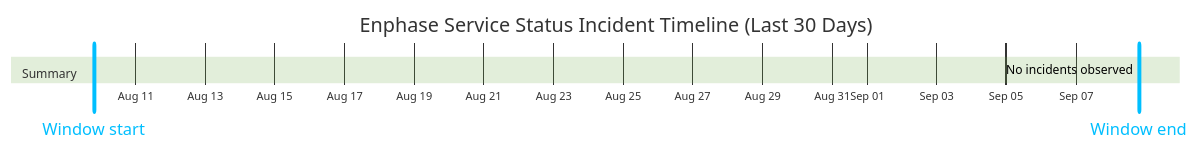
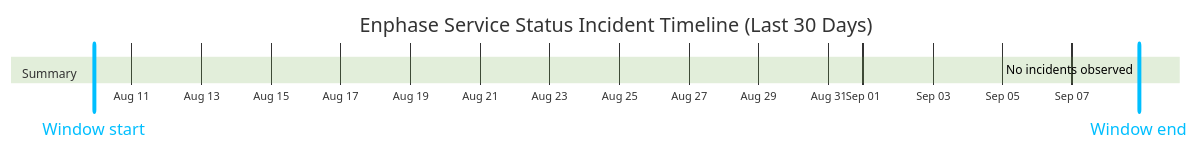
Before and after one commit to barneyonline/ha-enphase-energy: the diagram in wiki/Service-Status-History.md, drawn with Mermaid (forest theme). The commit also changed other lines of this file and 3 other files, not shown here.

````diff
--- a/wiki/Service-Status-History.md
+++ b/wiki/Service-Status-History.md
@@ -14,10 +14,10 @@
 ```mermaid
 gantt
     title Enphase Service Status Incident Timeline (Last 30 Days)
     dateFormat  YYYY-MM-DDTHH:mm:ss
     axisFormat  %b %d
-    Window start :vert, window-start, 2026-08-09T19:29:10, 0ms
-    Window end :vert, window-end, 2026-09-08T19:29:10, 0ms
+    Window start :vert, window-start, 2026-08-09T21:58:52, 0ms
+    Window end :vert, window-end, 2026-09-08T21:58:52, 0ms
     section Summary
-    No incidents observed :done, 2026-09-08T19:29:10, 1m
+    No incidents observed :done, 2026-09-08T21:58:52, 1m
 ```
````
